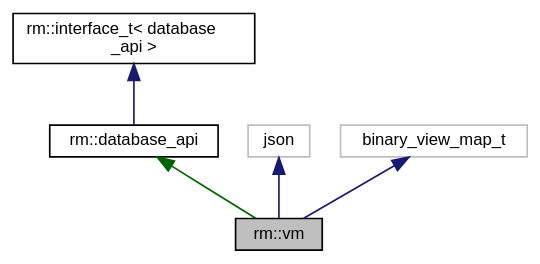
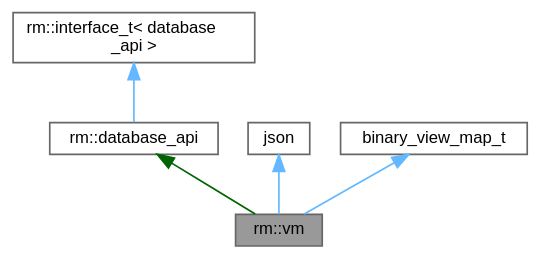
The diagram in classrm_1_1vm__inherit__graph.dot (netkeep80/jsonRVM), drawn with Graphviz before and after one commit. The commit also changed 521 other files, not shown here.

```diff
--- a/classrm_1_1vm__inherit__graph.dot
+++ b/classrm_1_1vm__inherit__graph.dot
@@ -1,16 +1,16 @@
 digraph "rm::vm"
 {
  // LATEX_PDF_SIZE
   bgcolor="transparent";
-  edge [fontname="Helvetica",fontsize="10",labelfontname="Helvetica",labelfontsize="10"];
-  node [fontname="Helvetica",fontsize="10",shape=record];
-  Node1 [label="rm::vm",height=0.2,width=0.4,color="black", fillcolor="grey75", style="filled", fontcolor="black",tooltip=" "];
-  Node2 -> Node1 [dir="back",color="darkgreen",fontsize="10",style="solid",fontname="Helvetica"];
-  Node2 [label="rm::database_api",height=0.2,width=0.4,color="black",URL="$classrm_1_1database__api.html",tooltip=" "];
-  Node3 -> Node2 [dir="back",color="midnightblue",fontsize="10",style="solid",fontname="Helvetica"];
-  Node3 [label="rm::interface_t\< database\l_api \>",height=0.2,width=0.4,color="black",URL="$classrm_1_1interface__t.html",tooltip=" "];
-  Node4 -> Node1 [dir="back",color="midnightblue",fontsize="10",style="solid",fontname="Helvetica"];
-  Node4 [label="json",height=0.2,width=0.4,color="grey75",tooltip=" "];
-  Node5 -> Node1 [dir="back",color="midnightblue",fontsize="10",style="solid",fontname="Helvetica"];
-  Node5 [label="binary_view_map_t",height=0.2,width=0.4,color="grey75",tooltip="STL class."];
+  edge [fontname=Helvetica,fontsize=10,labelfontname=Helvetica,labelfontsize=10];
+  node [fontname=Helvetica,fontsize=10,shape=box,height=0.2,width=0.4];
+  Node1 [id="Node000001",label="rm::vm",height=0.2,width=0.4,color="gray40", fillcolor="grey60", style="filled", fontcolor="black",tooltip="Виртуальная машина для выполнения отношений (сущностей), представленных в формате JSON."];
+  Node2 -> Node1 [id="edge1_Node000001_Node000002",dir="back",color="darkgreen",style="solid",tooltip=" "];
+  Node2 [id="Node000002",label="rm::database_api",height=0.2,width=0.4,color="gray40", fillcolor="white", style="filled",URL="$classrm_1_1database__api.html",tooltip="Абстрактный интерфейс для работы с сущностями базы данных через JSON."];
+  Node3 -> Node2 [id="edge2_Node000002_Node000003",dir="back",color="steelblue1",style="solid",tooltip=" "];
+  Node3 [id="Node000003",label="rm::interface_t\< database\l_api \>",height=0.2,width=0.4,color="gray40", fillcolor="white", style="filled",URL="$classrm_1_1interface__t.html",tooltip=" "];
+  Node4 -> Node1 [id="edge3_Node000001_Node000004",dir="back",color="steelblue1",style="solid",tooltip=" "];
+  Node4 [id="Node000004",label="json",height=0.2,width=0.4,color="gray40", fillcolor="white", style="filled",tooltip=" "];
+  Node5 -> Node1 [id="edge4_Node000001_Node000005",dir="back",color="steelblue1",style="solid",tooltip=" "];
+  Node5 [id="Node000005",label="binary_view_map_t",height=0.2,width=0.4,color="gray40", fillcolor="white", style="filled",tooltip=" "];
 }
```
